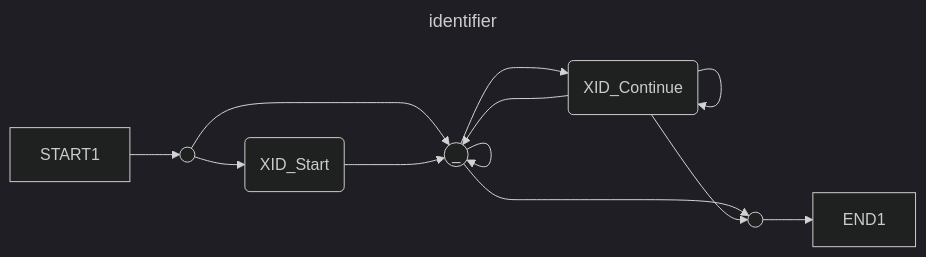
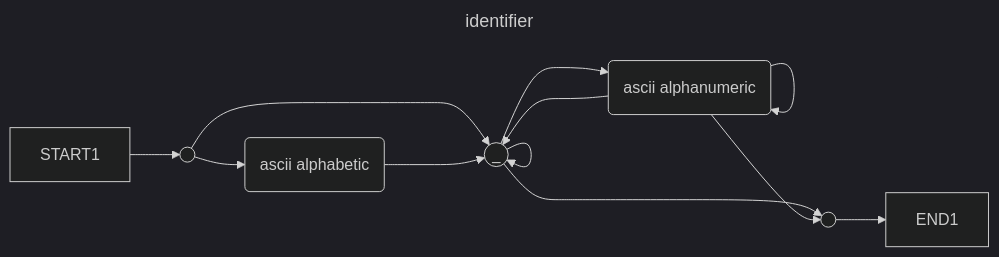
Before and after one commit to rchuk/markerml: diagram 13 of 15 in README.md, drawn with Mermaid (dark theme). The commit also changed other lines of this file, not shown here.

````diff
--- a/README.md
+++ b/README.md
@@ -638,33 +624,33 @@
 ```mermaid
 ---
 title: identifier
 ---
 graph LR;
     START1:::hidden
     END1:::hidden
     START(( ))
     END(( ))
     
     underscore(("_"))
-    start(XID_Start)
-    continue(XID_Continue)
+    start(ascii alphabetic)
+    continue(ascii alphanumeric)
     
     %% 
     START1 --> START
     
     %% 
     START --> start
     START --> underscore
     
     start ---> underscore
     underscore --> continue
     underscore --> underscore
     continue ---> underscore
     continue --> continue
     
     underscore --> END
     continue --> END
     
     %% 
     END --> END1
 ```
````
